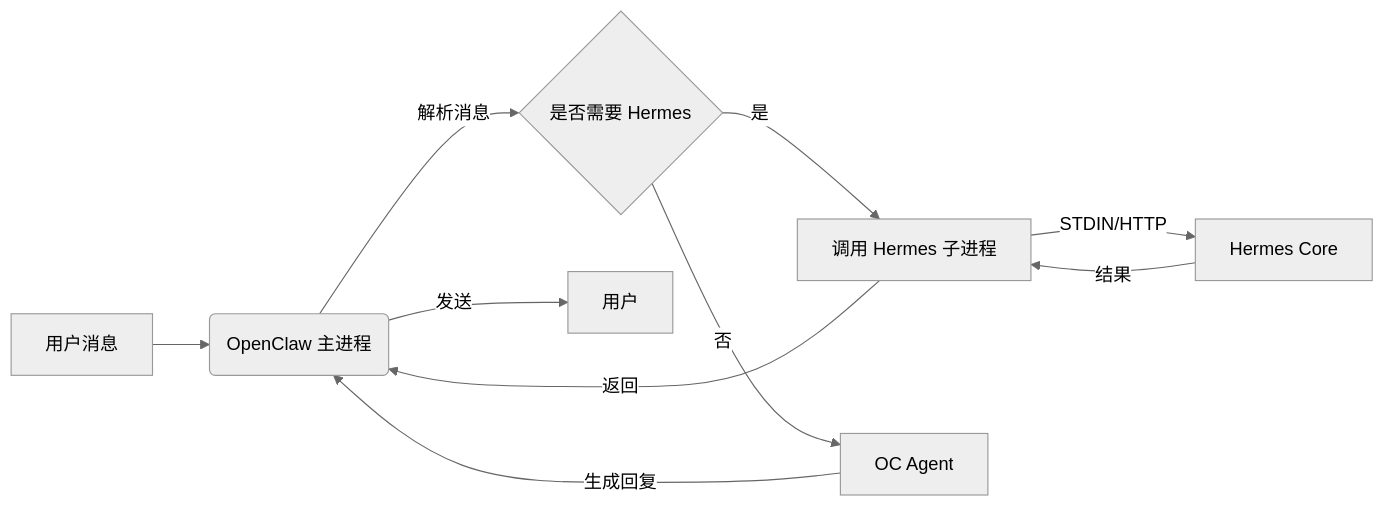
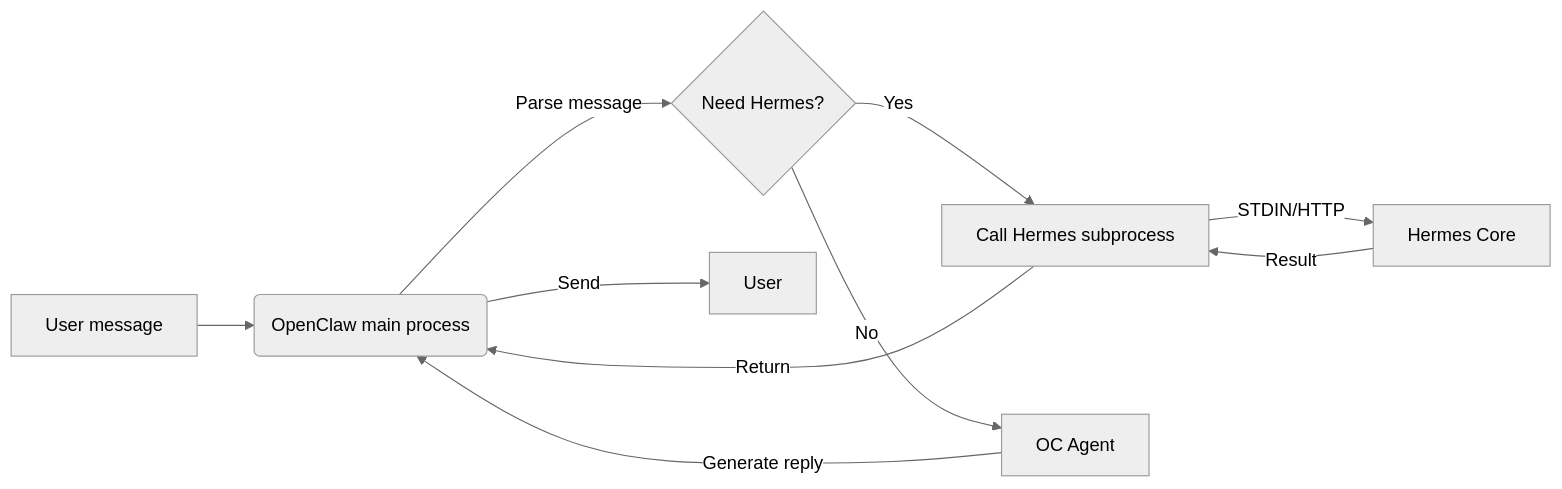
Before and after one commit to NextAgentX/HermesClaw: the diagram in README.md, drawn with Mermaid (neutral theme). The commit also changed other lines of this file and 2 other files, not shown here.

````diff
--- a/README.md
+++ b/README.md
@@ -39,12 +40,12 @@
 ```mermaid
 graph LR
-  A[用户消息] --> OC(OpenClaw 主进程)
-  OC -->|解析消息| B{是否需要 Hermes}
-  B -- 是 --> CallHermes[调用 Hermes 子进程]
+  A[User message] --> OC(OpenClaw main process)
+  OC -->|Parse message| B{Need Hermes?}
+  B -- Yes --> CallHermes[Call Hermes subprocess]
   CallHermes -->|STDIN/HTTP| HermesCore[Hermes Core]
-  HermesCore -->|结果| CallHermes
-  CallHermes -->|返回| OC
-  B -- 否 --> OCAgent[OC Agent]
-  OCAgent -->|生成回复| OC
-  OC -->|发送| C[用户]
+  HermesCore -->|Result| CallHermes
+  CallHermes -->|Return| OC
+  B -- No --> OCAgent[OC Agent]
+  OCAgent -->|Generate reply| OC
+  OC -->|Send| C[User]
 ```
````
